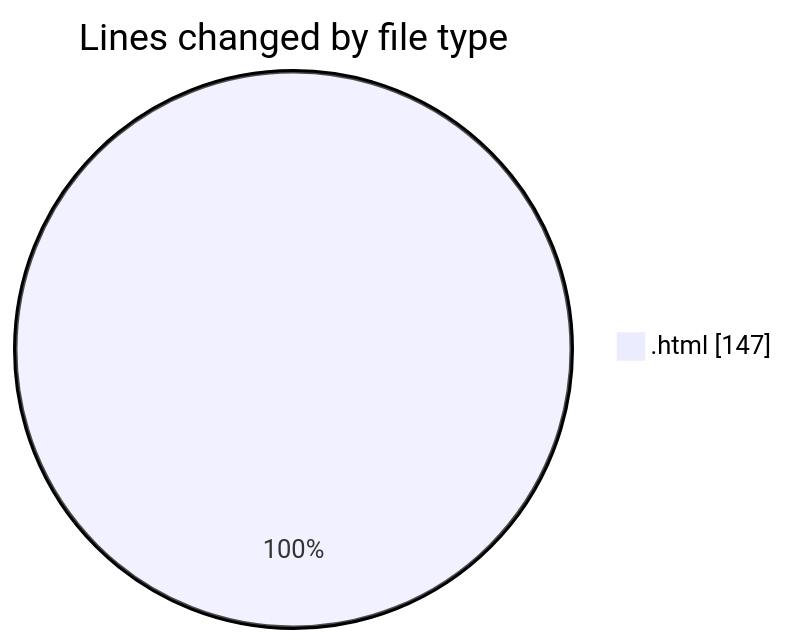
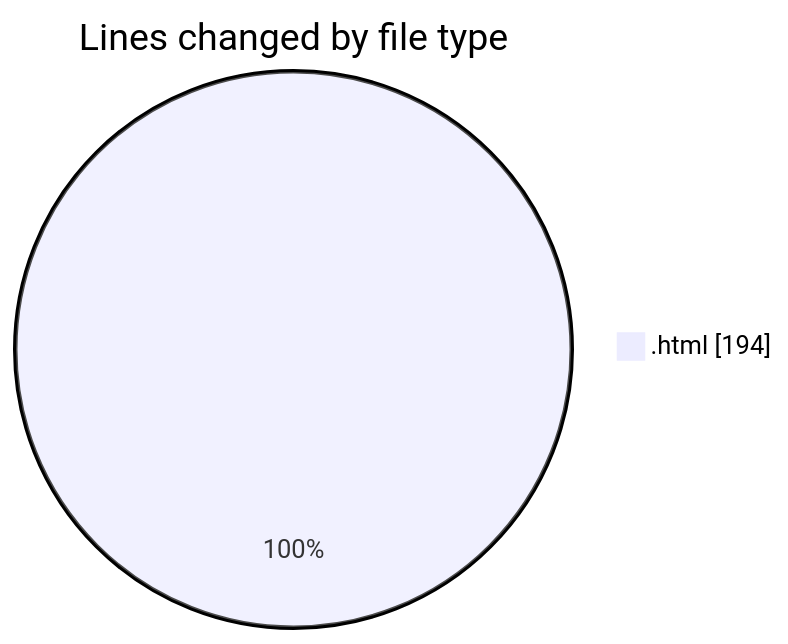
Before and after one commit to LanceThiago/code-tracking: the first of 2 diagrams in 2025-01-08/nueva_carpeta/README.md, drawn with Mermaid. The commit also changed other lines of this file and 1 other file, not shown here.

````diff
--- a/2025-01-08/nueva_carpeta/README.md
+++ b/2025-01-08/nueva_carpeta/README.md
@@ -20,5 +20,5 @@
 ```mermaid
 pie showData
 title Lines changed by file type
-".html" : 147
+".html" : 194
 ```
````
